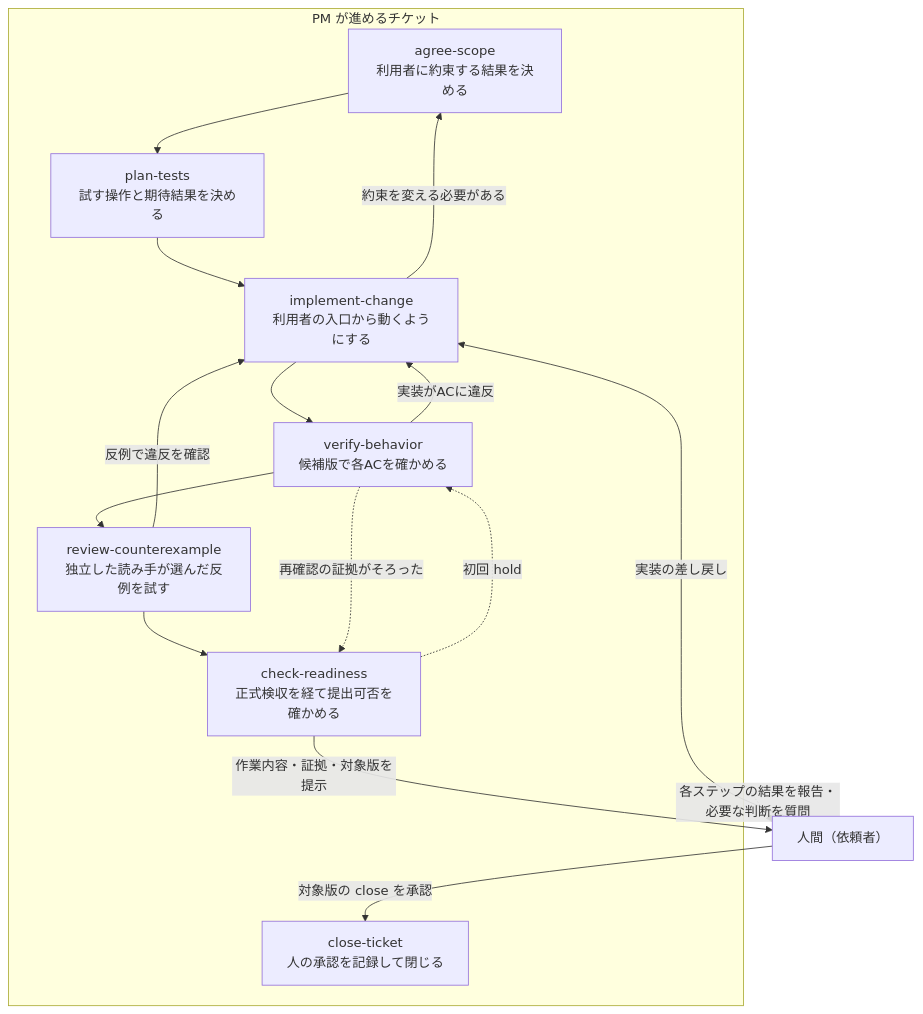
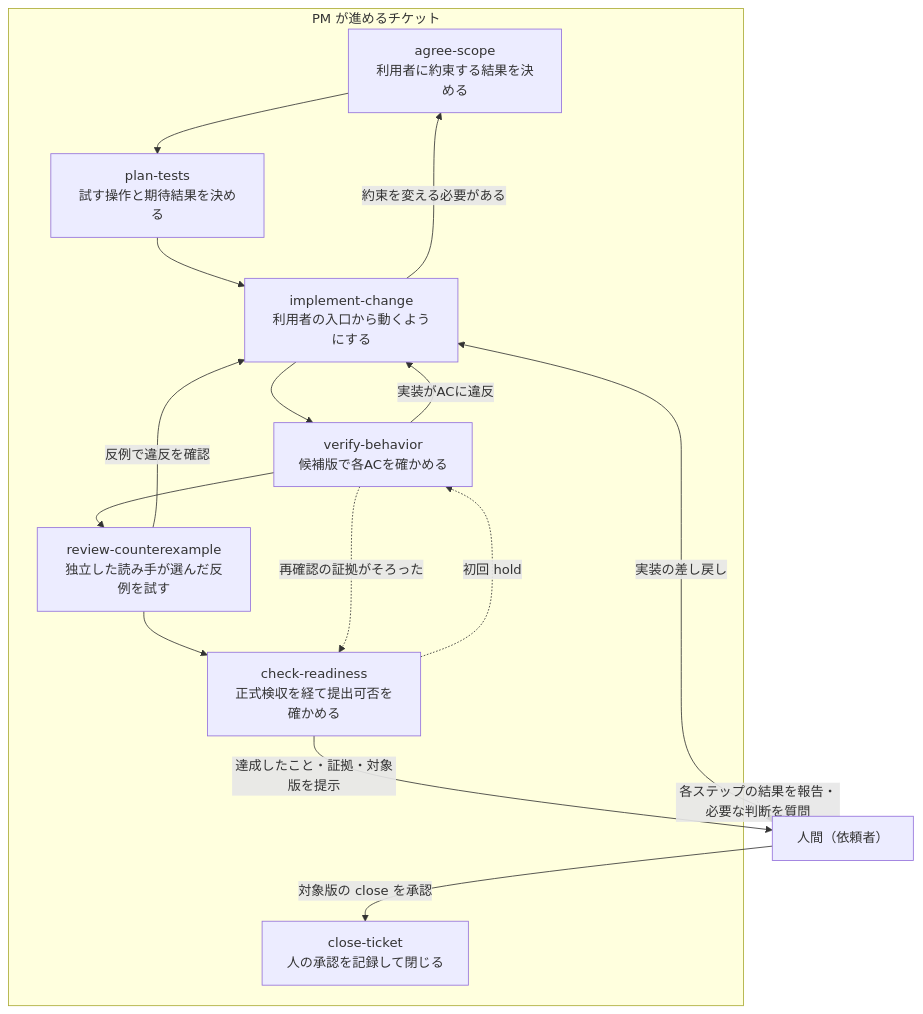
One commit to masuidrive/pdh changed the diagram in skills/pdh/SKILL.md. Above: the diagram before and after it, drawn with Mermaid. The commit also changed other lines of this file, not shown here.

Commit message:
Lead close approval requests with the ticket outcomes

````diff
--- a/skills/pdh/SKILL.md
+++ b/skills/pdh/SKILL.md
@@ -10,24 +10,24 @@
 ```mermaid
 flowchart TD
     subgraph flow["PM が進めるチケット"]
     agree["agree-scope<br/>利用者に約束する結果を決める"]
     plan["plan-tests<br/>試す操作と期待結果を決める"]
     build["implement-change<br/>利用者の入口から動くようにする"]
     verify["verify-behavior<br/>候補版で各ACを確かめる"]
     review["review-counterexample<br/>独立した読み手が選んだ反例を試す"]
     ready["check-readiness<br/>正式検収を経て提出可否を確かめる"]
     close["close-ticket<br/>人の承認を記録して閉じる"]
 
     agree --> plan --> build --> verify --> review --> ready
     build -->|約束を変える必要がある| agree
     verify -->|実装がACに違反| build
     review -->|反例で違反を確認| build
     ready -.->|初回 hold| verify
     verify -.->|再確認の証拠がそろった| ready
     end
     human["人間（依頼者）"]
     flow -.->|各ステップの結果を報告・必要な判断を質問| human
-    ready -->|作業内容・証拠・対象版を提示| human
+    ready -->|達成したこと・証拠・対象版を提示| human
     human -->|対象版の close を承認| close
     human -->|実装の差し戻し| build
 ```
````
